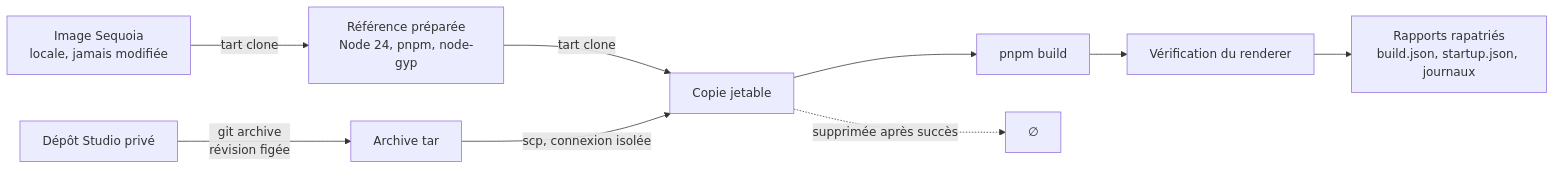
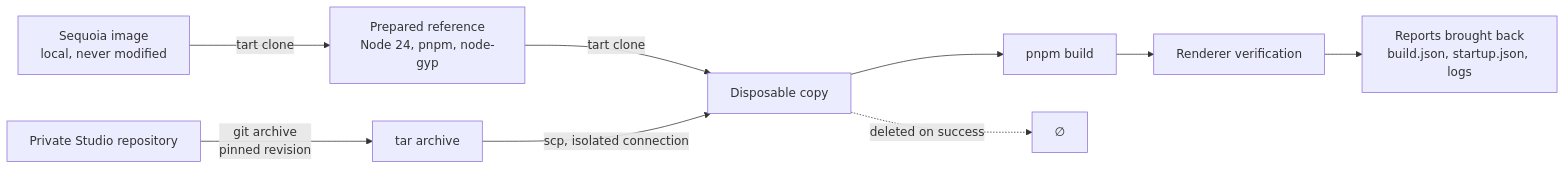
Before and after one commit to pasquelin/AI-Desktop-Studio-Action-Fine-tuning: the diagram in README.md, drawn with Mermaid. The commit also changed other lines of this file and 1 other file, not shown here.

````diff
--- a/README.md
+++ b/README.md
@@ -184,11 +184,11 @@
 ```mermaid
 flowchart LR
-  I["Image Sequoia<br/>locale, jamais modifiée"] -->|tart clone| P["Référence préparée<br/>Node 24, pnpm, node-gyp"]
-  P -->|tart clone| C["Copie jetable"]
-  S["Dépôt Studio privé"] -->|git archive<br/>révision figée| A["Archive tar"]
-  A -->|scp, connexion isolée| C
+  I["Sequoia image<br/>local, never modified"] -->|tart clone| P["Prepared reference<br/>Node 24, pnpm, node-gyp"]
+  P -->|tart clone| C["Disposable copy"]
+  S["Private Studio repository"] -->|git archive<br/>pinned revision| A["tar archive"]
+  A -->|scp, isolated connection| C
   C --> B["pnpm build"]
-  B --> V["Vérification du renderer"]
-  V --> R["Rapports rapatriés<br/>build.json, startup.json, journaux"]
-  C -.->|supprimée après succès| X["∅"]
+  B --> V["Renderer verification"]
+  V --> R["Reports brought back<br/>build.json, startup.json, logs"]
+  C -.->|deleted on success| X["∅"]
 ```
````
